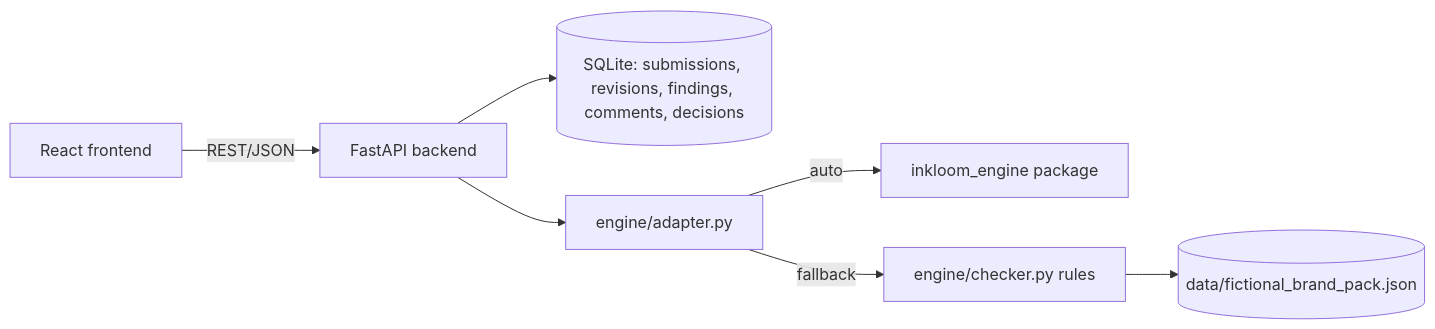
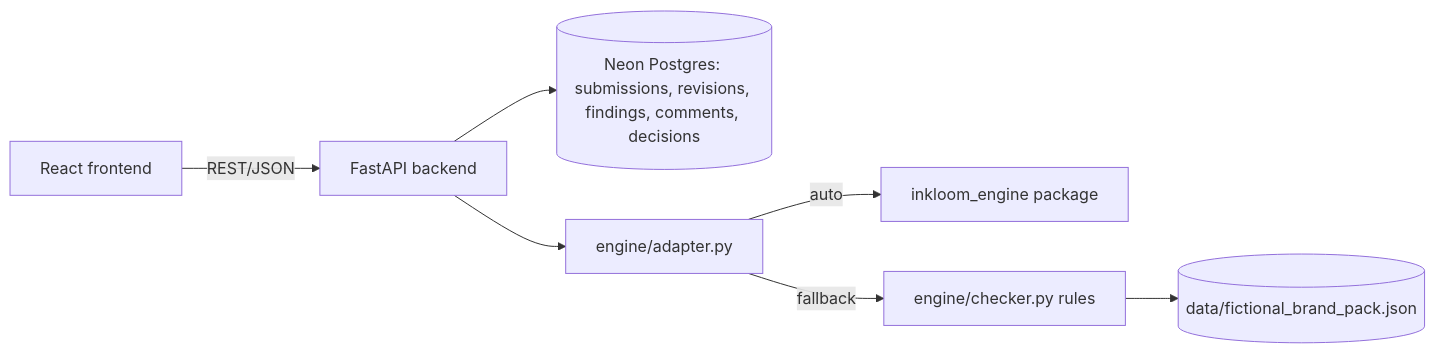
One commit to gmraarush210-blip/brand-governance-ai changed the diagram in docs/architecture.md. Above: the diagram before and after it, drawn with Mermaid. The commit also changed 9 other files, not shown here.

````diff
--- a/docs/architecture.md
+++ b/docs/architecture.md
@@ -3,9 +3,9 @@
 ```mermaid
 flowchart LR
   UI[React frontend] -- REST/JSON --> API[FastAPI backend]
-  API --> DB[(SQLite: submissions, revisions, findings, comments, decisions)]
+  API --> DB[(Neon Postgres: submissions, revisions, findings, comments, decisions)]
   API --> AD[engine/adapter.py]
   AD -->|auto| EXT[inkloom_engine package]
   AD -->|fallback| CHK[engine/checker.py rules]
   CHK --> PACK[(data/fictional_brand_pack.json)]
 ```
````
